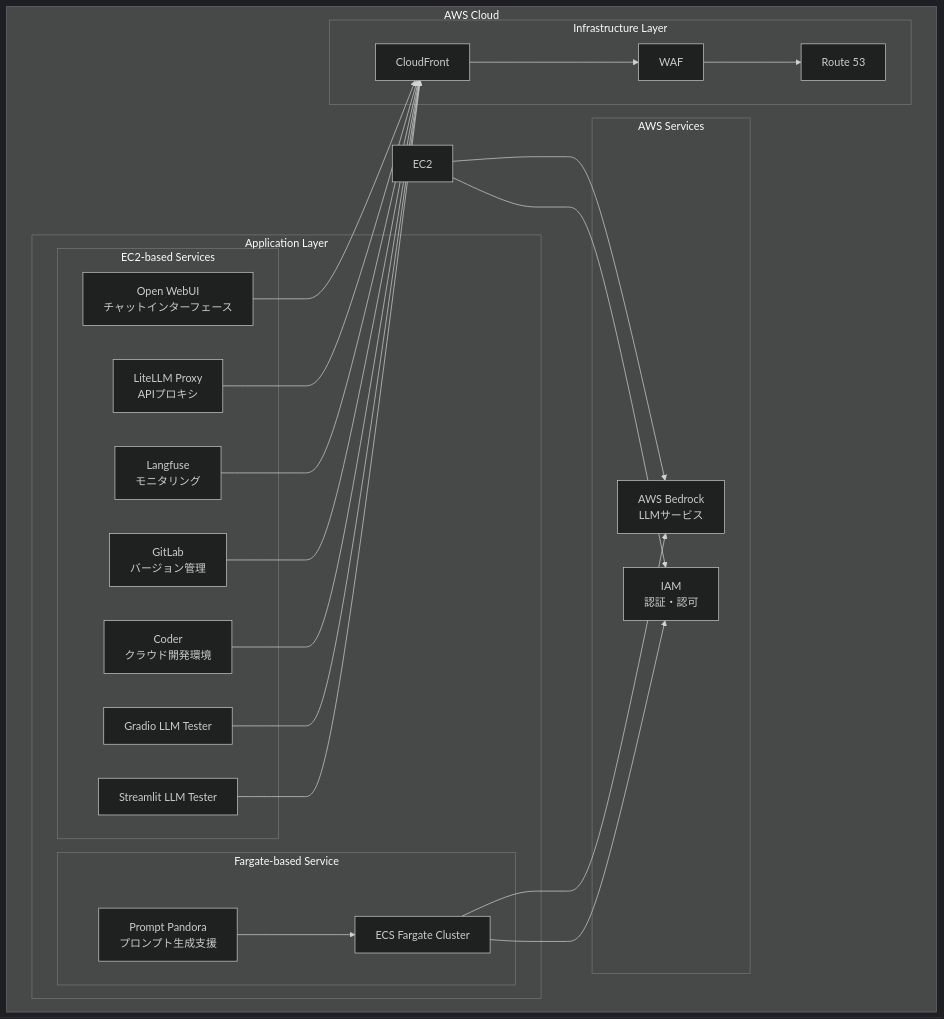
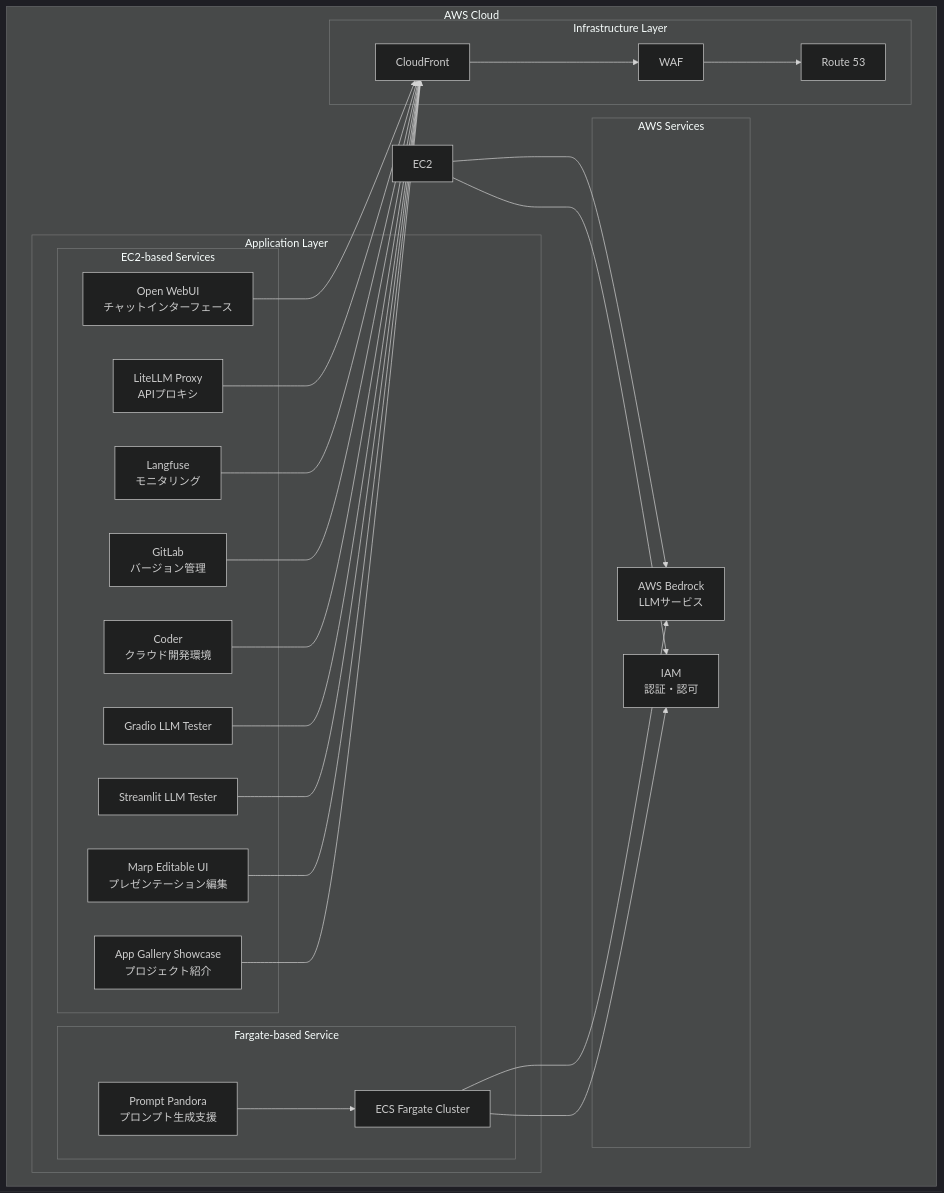
The diagram in README.md (Sunwood-ai-labs/AMATERASU), drawn with Mermaid (dark theme) before and after one commit. The commit also changed other lines of this file, not shown here.

````diff
--- a/README.md
+++ b/README.md
@@ -54,49 +54,53 @@
 ```mermaid
 graph TB
     subgraph "AWS Cloud"
         subgraph "Application Layer"
             subgraph "EC2-based Services"
                 OW["Open WebUI<br/>チャットインターフェース"]
                 LL["LiteLLM Proxy<br/>APIプロキシ"]
                 LF["Langfuse<br/>モニタリング"]
                 GL["GitLab<br/>バージョン管理"]
                 CD["Coder<br/>クラウド開発環境"]
                 GR["Gradio LLM Tester"]
                 ST["Streamlit LLM Tester"]
+                MEU["Marp Editable UI<br/>プレゼンテーション編集"]
+                AGS["App Gallery Showcase<br/>プロジェクト紹介"]
             end
             
             subgraph "Fargate-based Service"
                 PP["Prompt Pandora<br/>プロンプト生成支援"]
                 ECS["ECS Fargate Cluster"]
             end
         end
         
         subgraph "Infrastructure Layer"
             CF["CloudFront"]
             WAF["WAF"]
             R53["Route 53"]
         end
         
         subgraph "AWS Services"
             Bedrock["AWS Bedrock<br/>LLMサービス"]
             IAM["IAM<br/>認証・認可"]
         end
         
         OW --> CF
         LL --> CF
         LF --> CF
         GL --> CF
         CD --> CF
         GR --> CF
         ST --> CF
+        MEU --> CF
+        AGS --> CF
         PP --> ECS
         
         CF --> WAF
         WAF --> R53
         
         EC2 --> Bedrock
         ECS --> Bedrock
         EC2 --> IAM
         ECS --> IAM
     end
 ```
````
